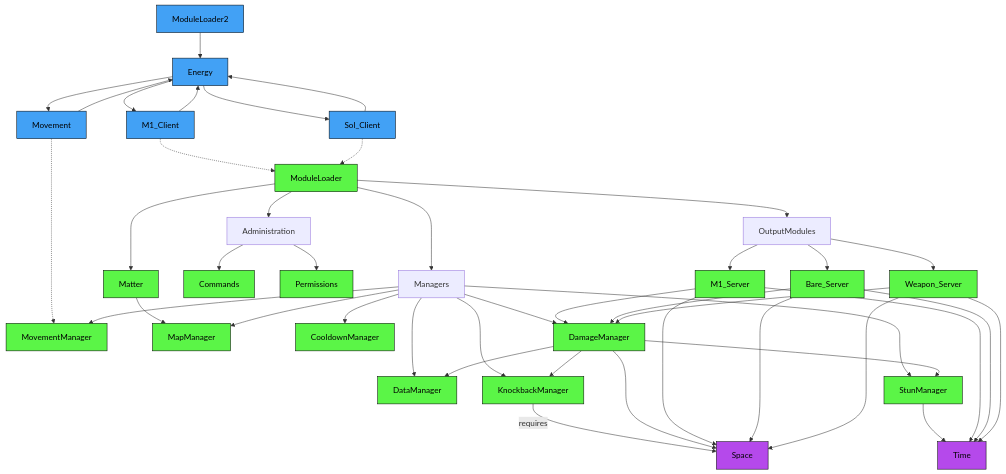
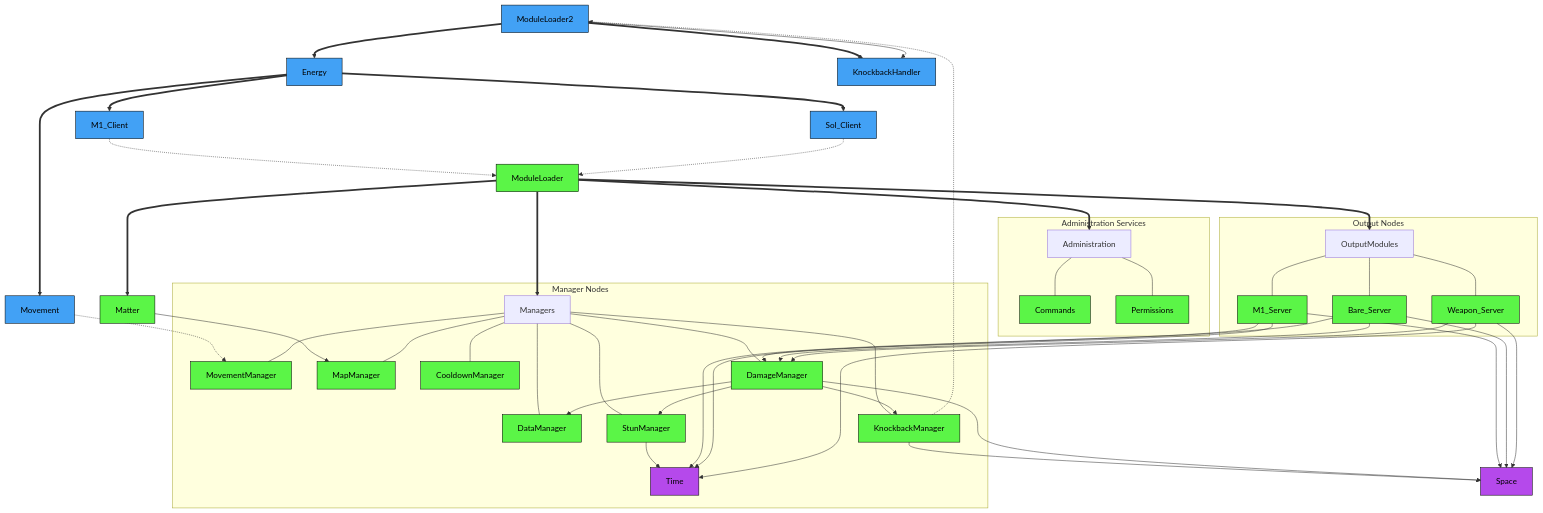
Before and after one commit to altair5607249/Crusaders-Game: the diagram in README.md, drawn with Mermaid. The commit also changed other lines of this file, not shown here.

````diff
--- a/README.md
+++ b/README.md
@@ -26,46 +37,58 @@
 ```mermaid
 graph TD;
 
   classDef serverNode fill:#5bf547,stroke:#000000,color:#000000
   classDef clientNode fill:#42a1f5,stroke:#000000,color:#000000
   classDef universalNode fill:#b549eb,stroke:#000000,color:#000000
 
-  ModuleLoader2-->Energy;
-  Energy-->M1_Client-->Energy;
-  Energy-->Sol_Client-->Energy;
-  Energy-->Movement-->Energy;
+  ModuleLoader2==>Energy;
+  ModuleLoader2==>KnockbackHandler;
+  Energy==>M1_Client;
+  Energy==>Sol_Client;
+  Energy==>Movement;
   M1_Client-.->ModuleLoader;
   Sol_Client-.->ModuleLoader;
   Movement-.->MovementManager;
-  ModuleLoader-->Administration;
-  ModuleLoader-->Managers;
-  ModuleLoader-->OutputModules;
-  ModuleLoader-->Matter-->MapManager;
-  Administration-->Commands;
-  Administration-->Permissions;
-  Managers-->CooldownManager;
-  Managers-->DamageManager;
-  Managers-->DataManager;
-  Managers-->KnockbackManager;
-  Managers-->MapManager;
-  Managers-->MovementManager;
-  Managers-->StunManager-->Time;
-  OutputModules-->M1_Server-->DamageManager;
-  OutputModules-->Bare_Server-->DamageManager;
-  OutputModules-->Weapon_Server-->DamageManager;
-  KnockbackManager-->|requires| Space;
+  ModuleLoader==>Administration;
+  ModuleLoader==>Managers;
+  ModuleLoader==>OutputModules;
+  ModuleLoader==>Matter-->MapManager;
+
+  subgraph Administration Services
+    Administration---Commands;
+    Administration---Permissions;
+  end
+
+  subgraph Manager Nodes
+    Managers---CooldownManager;
+    Managers---DamageManager;
+    Managers---DataManager;
+    Managers---KnockbackManager;
+    Managers---MapManager;
+    Managers---MovementManager;
+    Managers---StunManager-->Time;
+  end
+
+  subgraph Output Nodes
+    OutputModules---M1_Server-->DamageManager;
+    OutputModules---Bare_Server-->DamageManager;
+    OutputModules---Weapon_Server-->DamageManager;
+  end
+
+  KnockbackManager-->Space;
   DamageManager-->Space;
   DamageManager-->DataManager;
   DamageManager-->KnockbackManager;
   DamageManager-->StunManager;
   M1_Server-->Time;
   Bare_Server-->Time;
   Weapon_Server-->Time;
   M1_Server-->Space;
   Bare_Server-->Space;
   Weapon_Server-->Space;
+  KnockbackManager-.->ModuleLoader2-->KnockbackHandler;
 
   class ModuleLoader,M1_Server,Bare_Server,Weapon_Server,MovementManager,Commands,Permissions,CooldownManager,DamageManager,DataManager,KnockbackManager,MapManager,MovementManager,StunManager,Matter serverNode;
-  class ModuleLoader2,Energy,M1_Client,Sol_Client,Movement clientNode;
+  class ModuleLoader2,Energy,M1_Client,Sol_Client,Movement,KnockbackHandler clientNode;
   class Space,Time universalNode;
 ```
````
